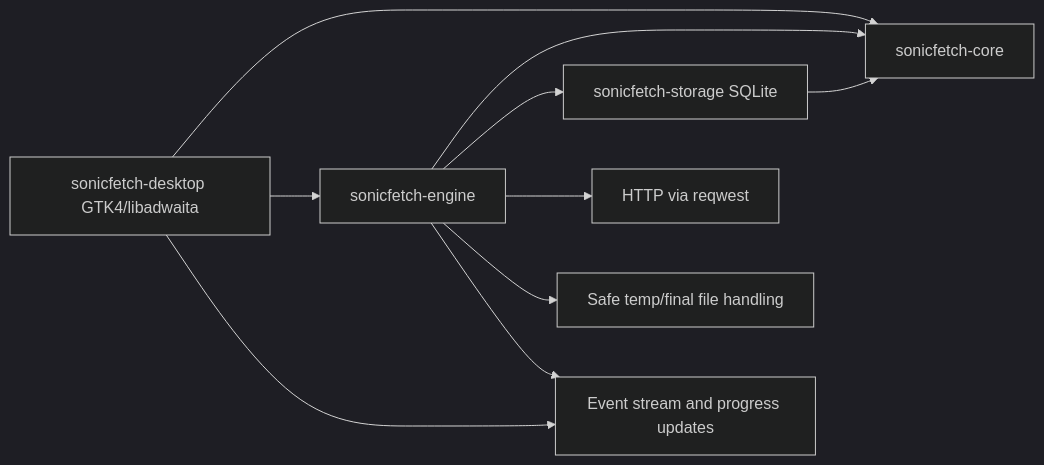
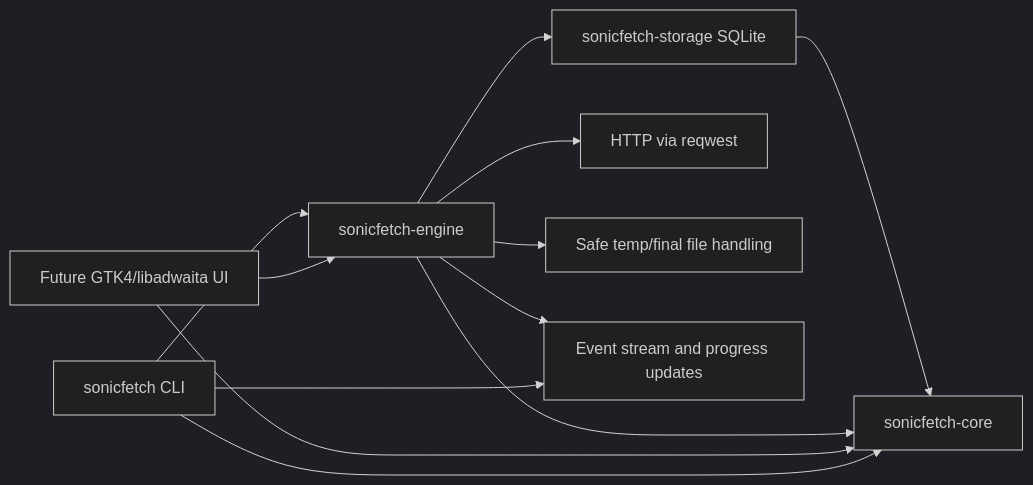
Before and after one commit to 0xzahed/SonicFetch: the first of 3 diagrams in docs/architecture.md, drawn with Mermaid (dark theme). The commit also changed other lines of this file and 31 other files, not shown here.

````diff
--- a/docs/architecture.md
+++ b/docs/architecture.md
@@ -57,12 +59,14 @@
 ```mermaid
 flowchart LR
-    UI[sonicfetch-desktop GTK4/libadwaita] --> CORE[sonicfetch-core]
-    UI --> ENGINE[sonicfetch-engine]
+    CLI[sonicfetch CLI] --> CORE[sonicfetch-core]
+    UI[Future GTK4/libadwaita UI] --> CORE
+    UI --> ENGINE
+    CLI --> ENGINE[sonicfetch-engine]
     ENGINE --> CORE
     ENGINE --> STORAGE[sonicfetch-storage SQLite]
     STORAGE --> CORE
     ENGINE --> NET[HTTP via reqwest]
     ENGINE --> FS[Safe temp/final file handling]
-    UI --> EVENTS[Event stream and progress updates]
+    CLI --> EVENTS[Event stream and progress updates]
     ENGINE --> EVENTS
 ```
````
